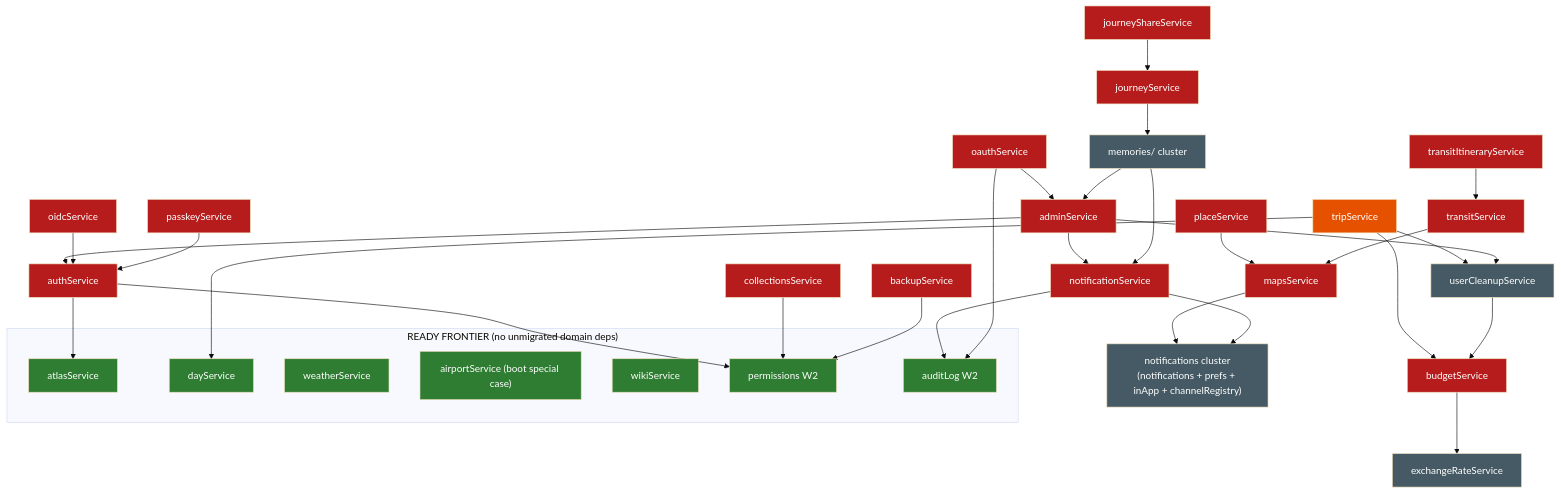
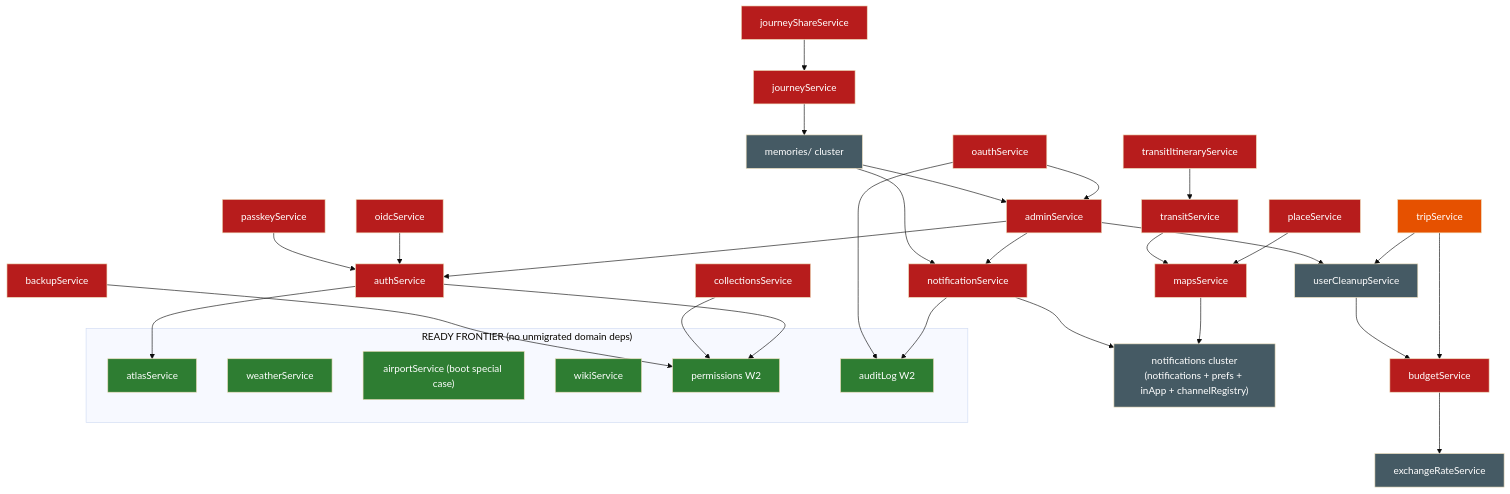
The diagram in migration-graph.md (BeInLife/TREK), drawn with Mermaid (base theme) before and after one commit. The commit also changed other lines of this file and 1 other file, not shown here.

Commit message:
docs: tick dayService in migrate.md and refresh the migration graph

````diff
--- a/migration-graph.md
+++ b/migration-graph.md
@@ -47,57 +48,56 @@
 ```mermaid
 flowchart TD
   classDef ready fill:#2e7d32,color:#fff
   classDef blocked fill:#b71c1c,color:#fff
   classDef hub fill:#e65100,color:#fff
   classDef infra fill:#455a64,color:#fff
 
   subgraph frontier["READY FRONTIER (no unmigrated domain deps)"]
     atlas[atlasService]:::ready
-    day[dayService]:::ready
     weather[weatherService]:::ready
     airport["airportService (boot special case)"]:::ready
     wiki[wikiService]:::ready
     permissions[permissions W2]:::ready
     auditLog[auditLog W2]:::ready
   end
 
   trip[tripService]:::hub
   budget[budgetService]:::blocked
   place[placeService]:::blocked
   maps[mapsService]:::blocked
   notifSvc[notificationService]:::blocked
   transit[transitService]:::blocked
   transitItin[transitItineraryService]:::blocked
   admin[adminService]:::blocked
   auth[authService]:::blocked
   oauth[oauthService]:::blocked
   oidc[oidcService]:::blocked
   passkey[passkeyService]:::blocked
   journey[journeyService]:::blocked
   journeyShare[journeyShareService]:::blocked
   collections[collectionsService]:::blocked
   backup[backupService]:::blocked
   notifCluster["notifications cluster<br/>(notifications + prefs + inApp + channelRegistry)"]:::infra
   memories["memories/ cluster"]:::infra
   fx[exchangeRateService]:::infra
   cleanup[userCleanupService]:::infra
 
-  trip --> budget & day & cleanup
+  trip --> budget & cleanup
   budget --> fx
   cleanup --> budget
   place --> maps
   maps --> notifCluster
   transit --> maps
   transitItin --> transit
   notifSvc --> notifCluster & auditLog
   admin --> auth & notifSvc & cleanup
   auth --> atlas & permissions
   oauth --> admin & auditLog
   oidc --> auth
   passkey --> auth
   journey --> memories
   journeyShare --> journey
   collections --> permissions
   backup --> permissions
   memories --> notifSvc & admin
 ```
````
